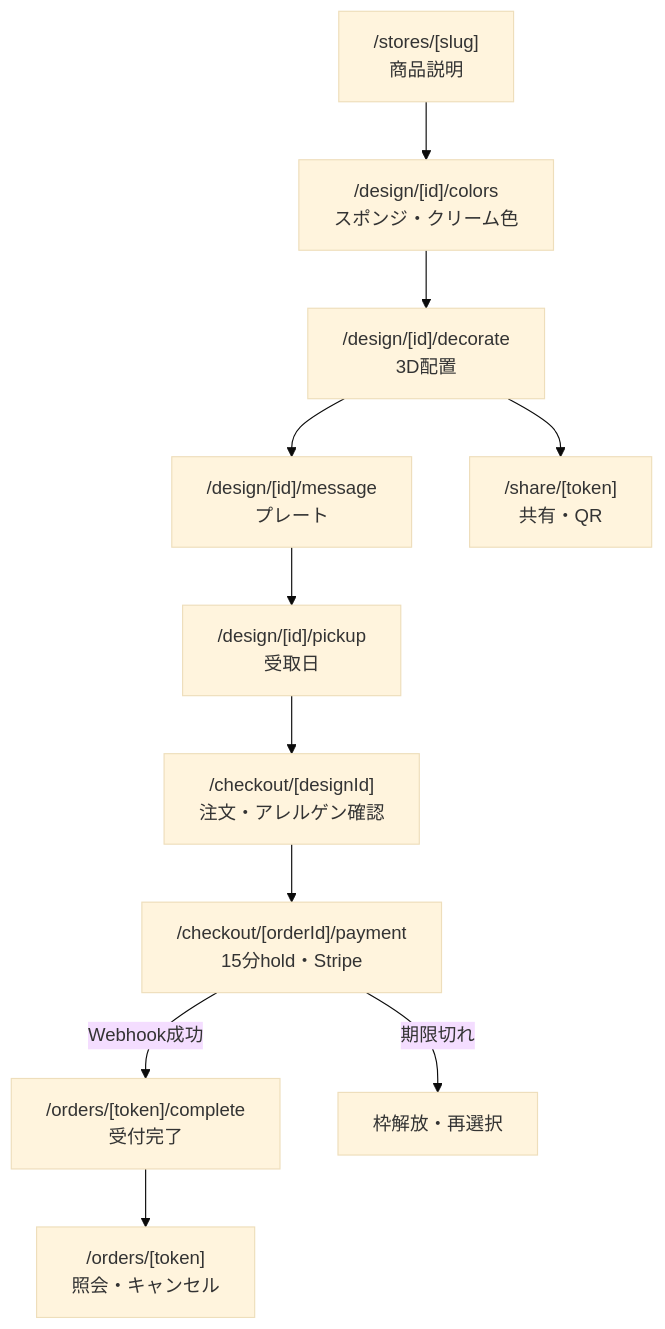
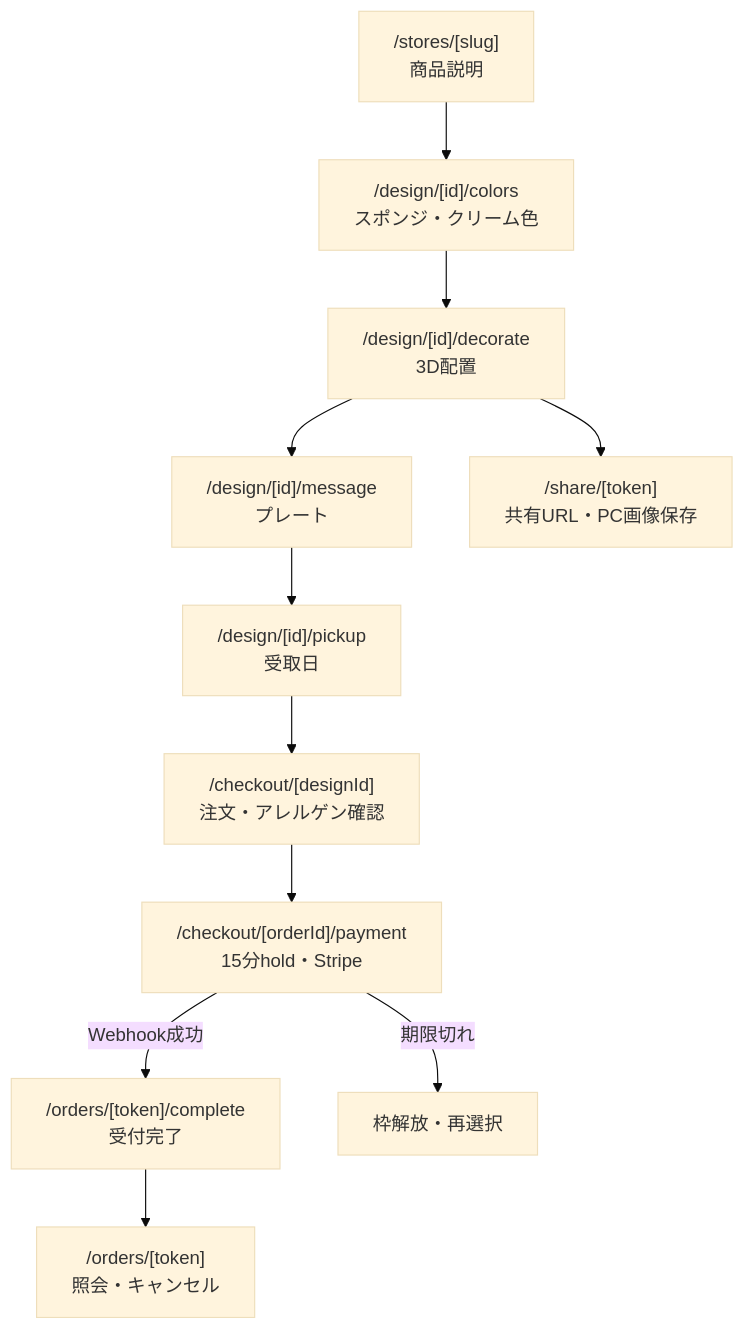
One commit to fruehlingstee/HEW_2026 changed the first of 3 diagrams in plan/issue-reference/07-screen-flow.md. Above: the diagram before and after it, drawn with Mermaid (base theme). The commit also changed other lines of this file, not shown here.

````diff
--- a/plan/issue-reference/07-screen-flow.md
+++ b/plan/issue-reference/07-screen-flow.md
@@ -7,13 +9,13 @@
 ```mermaid
 flowchart TD
     A["/stores/[slug]<br>商品説明"] --> B["/design/[id]/colors<br>スポンジ・クリーム色"]
     B --> C["/design/[id]/decorate<br>3D配置"]
     C --> D["/design/[id]/message<br>プレート"]
     D --> E["/design/[id]/pickup<br>受取日"]
     E --> F["/checkout/[designId]<br>注文・アレルゲン確認"]
     F --> G["/checkout/[orderId]/payment<br>15分hold・Stripe"]
     G -->|Webhook成功| H["/orders/[token]/complete<br>受付完了"]
     G -->|期限切れ| X["枠解放・再選択"]
     H --> I["/orders/[token]<br>照会・キャンセル"]
-    C --> S["/share/[token]<br>共有・QR"]
+    C --> S["/share/[token]<br>共有URL・PC画像保存"]
 ```
````
